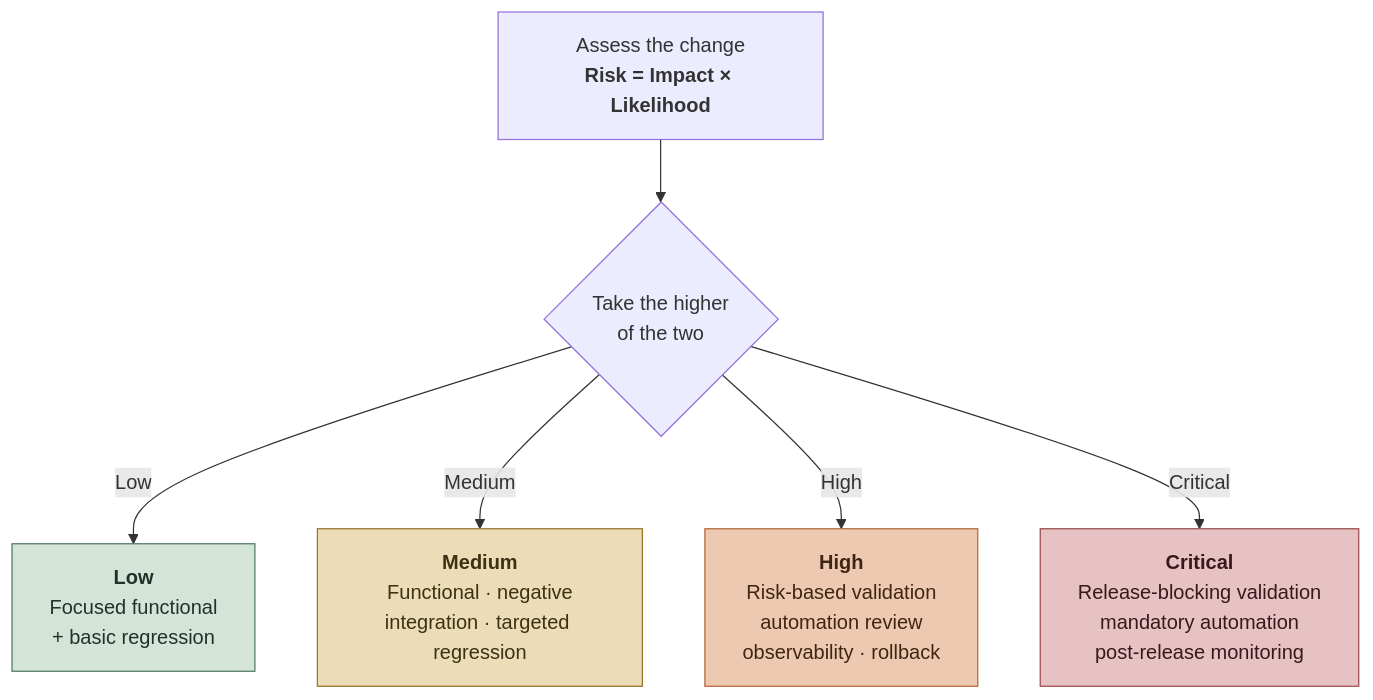
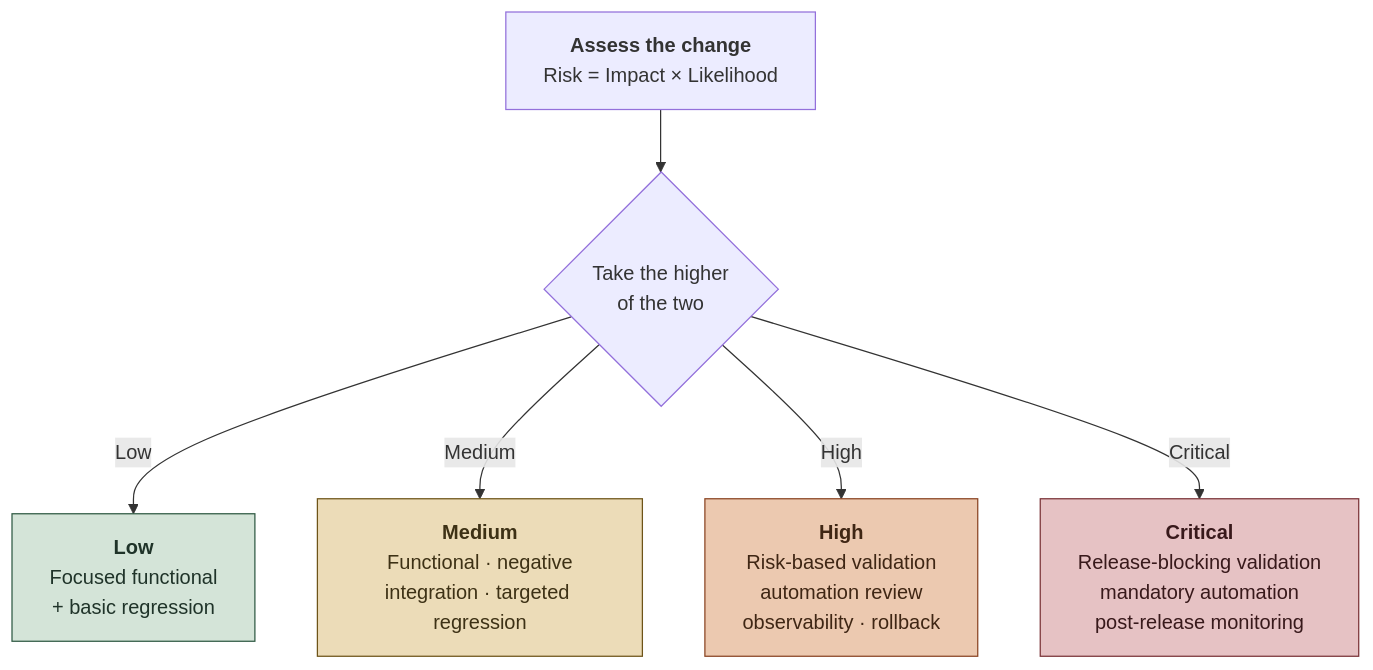
Before and after one commit to paulamarcondes/QA_Playbook: the diagram in 01-before-development.md, drawn with Mermaid. The commit also changed other lines of this file and 11 other files, not shown here.

First line of the commit message:
Polish playbook: QA 5.0, AI usage guide, diagrams, examples, consistency

````diff
--- a/01-before-development.md
+++ b/01-before-development.md
@@ -123,16 +125,16 @@
 ```mermaid
 flowchart TD
-    Start["Assess the change<br/><b>Risk = Impact × Likelihood</b>"] --> Q{"Take the higher<br/>of the two"}
+    Start["<b>Assess the change</b><br/>Risk = Impact × Likelihood"] --> Q{"Take the higher<br/>of the two"}
     Q -->|Low| L["<b>Low</b><br/>Focused functional<br/>+ basic regression"]
     Q -->|Medium| M["<b>Medium</b><br/>Functional · negative<br/>integration · targeted regression"]
     Q -->|High| H["<b>High</b><br/>Risk-based validation<br/>automation review<br/>observability · rollback"]
     Q -->|Critical| C["<b>Critical</b><br/>Release-blocking validation<br/>mandatory automation<br/>post-release monitoring"]
-    classDef low  fill:#d4e4d8,stroke:#4f7a63,color:#1f3329;
-    classDef med  fill:#ecdcb8,stroke:#997327,color:#3d3115;
-    classDef high fill:#ecc9b0,stroke:#b5683a,color:#3f2614;
-    classDef crit fill:#e6c2c4,stroke:#9c4a4f,color:#38191b;
+    classDef low  fill:#d4e4d8,stroke:#2f5a43,color:#1f3329;
+    classDef med  fill:#ecdcb8,stroke:#6e5418,color:#3d3115;
+    classDef high fill:#ecc9b0,stroke:#8a4423,color:#3f2614;
+    classDef crit fill:#e6c2c4,stroke:#7a3338,color:#38191b;
     class L low
     class M med
     class H high
     class C crit
 ```
````
